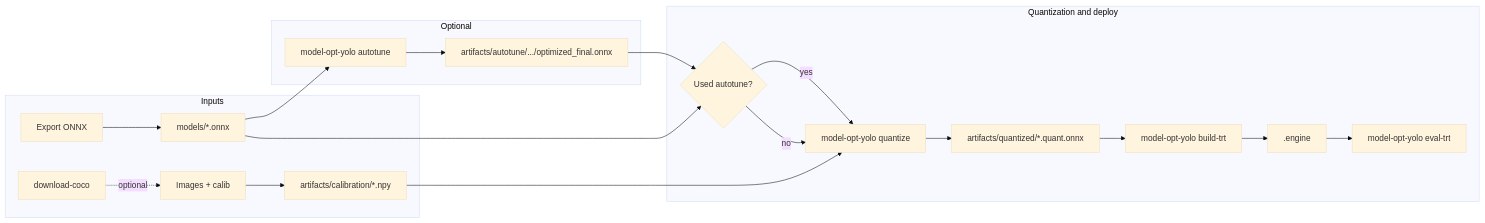
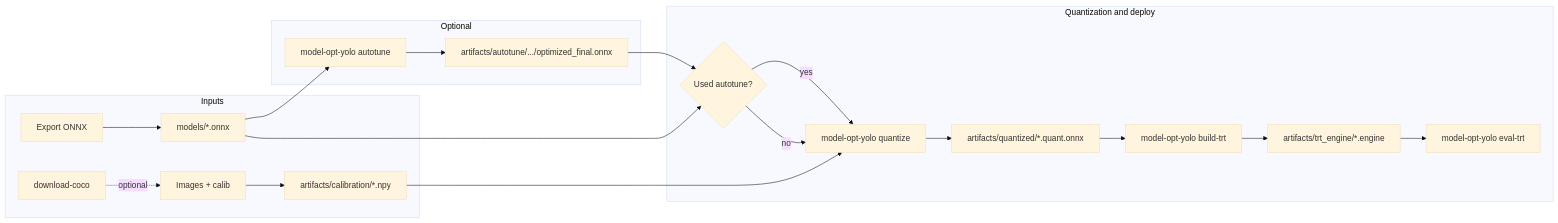
Before and after one commit to levipereira/Model-Optimizer-ONNX: the diagram in docs/workflow.md, drawn with Mermaid (base theme). The commit also changed other lines of this file and 10 other files, not shown here.

Commit message:
feat(cli): eval-trt modes (onnx_trt/ultralytics/deepstream), engines in artifacts/trt_engine

````diff
--- a/docs/workflow.md
+++ b/docs/workflow.md
@@ -5,24 +5,24 @@
 ```mermaid
 flowchart LR
   subgraph prep [Inputs]
     DC[download-coco] -.->|optional| IM[Images + calib]
     A[Export ONNX] --> B[models/*.onnx]
     IM --> D[artifacts/calibration/*.npy]
   end
   subgraph optional [Optional]
     B --> E[model-opt-yolo autotune]
     E --> F[artifacts/autotune/.../optimized_final.onnx]
   end
   subgraph core [Quantization and deploy]
     G{Used autotune?}
     F --> G
     B --> G
     G -->|yes| H[model-opt-yolo quantize]
     G -->|no| H
     D --> H
     H --> I[artifacts/quantized/*.quant.onnx]
     I --> J[model-opt-yolo build-trt]
-    J --> K[.engine]
+    J --> K[artifacts/trt_engine/*.engine]
     K --> L[model-opt-yolo eval-trt]
   end
 ```
````
